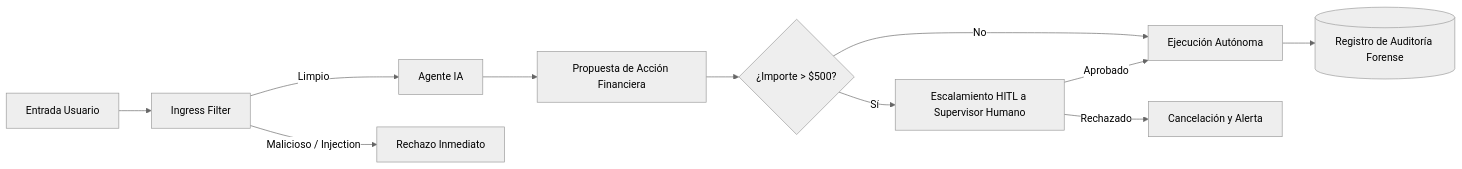
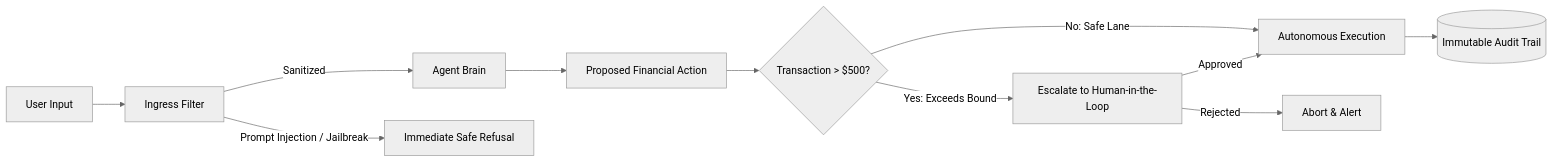
Before and after one commit to OscarTMa/ai-agents-in-practice: the fifth of 5 diagrams in README.md, drawn with Mermaid (neutral theme). The commit also changed other lines of this file, not shown here.

````diff
--- a/README.md
+++ b/README.md
@@ -169,17 +169,17 @@
 ```mermaid
 graph LR
-    Input[Entrada Usuario] --> Ingress[Ingress Filter]
-    Ingress -->|Limpio| Core[Agente IA]
-    Ingress -->|Malicioso / Injection| Block[Rechazo Inmediato]
+    Input[User Input] --> Ingress[Ingress Filter]
+    Ingress -->|Sanitized| Core[Agent Brain]
+    Ingress -->|Prompt Injection / Jailbreak| Block[Immediate Safe Refusal]
     
-    Core --> Proposal[Propuesta de Acción Financiera]
-    Proposal --> PolicyCheck{¿Importe > $500?}
+    Core --> Proposal[Proposed Financial Action]
+    Proposal --> PolicyCheck{Transaction > $500?}
     
-    PolicyCheck -->|Sí| Escalation[Escalamiento HITL a Supervisor Humano]
-    PolicyCheck -->|No| AutoExec[Ejecución Autónoma]
+    PolicyCheck -->|Yes: Exceeds Bound| Escalation[Escalate to Human-in-the-Loop]
+    PolicyCheck -->|No: Safe Lane| AutoExec[Autonomous Execution]
     
-    Escalation -->|Aprobado| AutoExec
-    Escalation -->|Rechazado| Rollback[Cancelación y Alerta]
+    Escalation -->|Approved| AutoExec
+    Escalation -->|Rejected| Rollback[Abort & Alert]
     
-    AutoExec --> Audit[(Registro de Auditoría Forense)]
+    AutoExec --> Audit[(Immutable Audit Trail)]
 ```
````
